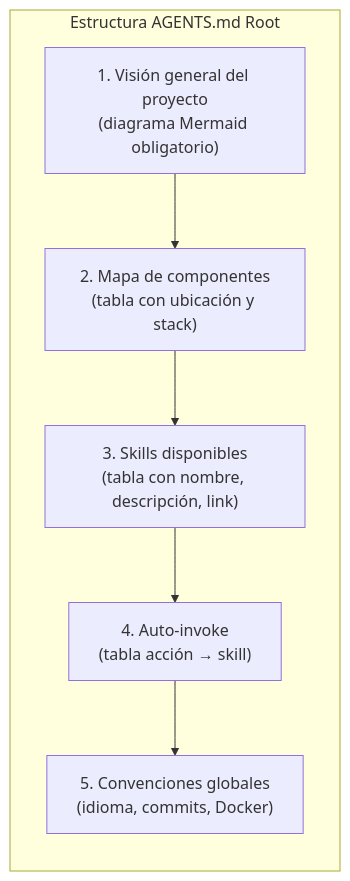
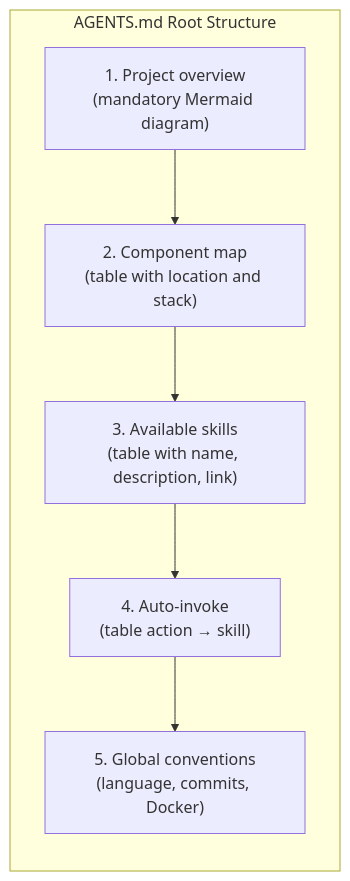
The third of 8 diagrams in skills/arquitec-dev-ia/SKILL.md (elisaul77/Orquestacion_Agentes_claude), drawn with Mermaid before and after one commit. The commit also changed other lines of this file and 14 other files, not shown here.

First line of the commit message:
feat(i18n): translate all agents, skills, and docs to English

````diff
--- a/skills/arquitec-dev-ia/SKILL.md
+++ b/skills/arquitec-dev-ia/SKILL.md
@@ -117,13 +116,13 @@
 ```mermaid
 flowchart LR
-    subgraph AGENTS_STRUCTURE["Estructura AGENTS.md Root"]
+    subgraph AGENTS_STRUCTURE["AGENTS.md Root Structure"]
         direction TB
-        A["1. Visión general del proyecto\n(diagrama Mermaid obligatorio)"]
-        B["2. Mapa de componentes\n(tabla con ubicación y stack)"]
-        C["3. Skills disponibles\n(tabla con nombre, descripción, link)"]
-        D["4. Auto-invoke\n(tabla acción → skill)"]
-        E["5. Convenciones globales\n(idioma, commits, Docker)"]
+        A["1. Project overview\n(mandatory Mermaid diagram)"]
+        B["2. Component map\n(table with location and stack)"]
+        C["3. Available skills\n(table with name, description, link)"]
+        D["4. Auto-invoke\n(table action → skill)"]
+        E["5. Global conventions\n(language, commits, Docker)"]
     end
 
     A --> B --> C --> D --> E
 ```
````
